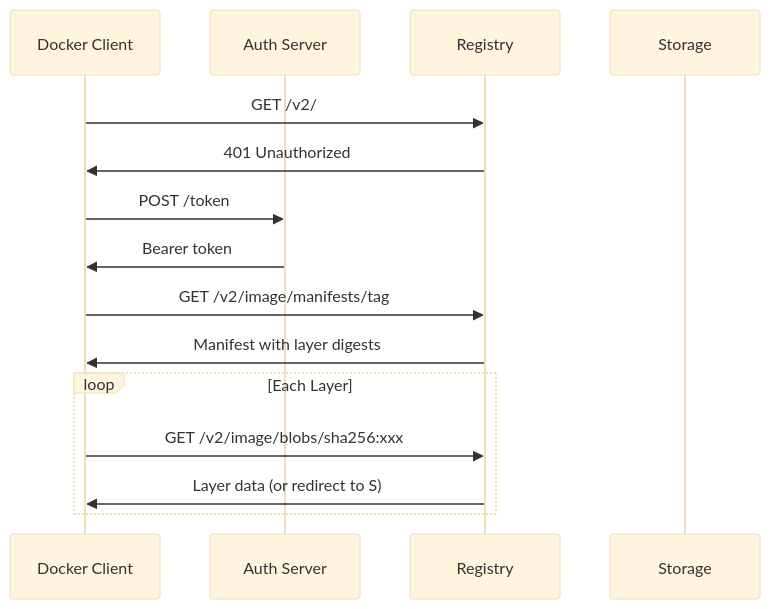
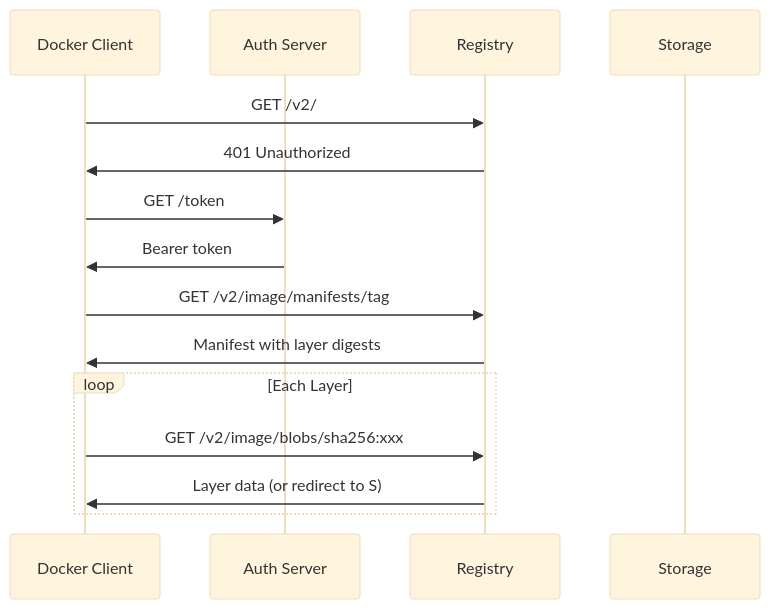
The diagram in posts/2026-01-25-debug-docker-registry-pull-issues/README.md (OneUptime/blog), drawn with Mermaid (base theme) before and after one commit. The commit also changed other lines of this file and 2 other files, not shown here.

````diff
--- a/posts/2026-01-25-debug-docker-registry-pull-issues/README.md
+++ b/posts/2026-01-25-debug-docker-registry-pull-issues/README.md
@@ -17,18 +17,18 @@
 ```mermaid
 sequenceDiagram
     participant D as Docker Client
     participant A as Auth Server
     participant R as Registry
     participant S as Storage
 
     D->>R: GET /v2/
     R->>D: 401 Unauthorized
-    D->>A: POST /token
+    D->>A: GET /token
     A->>D: Bearer token
     D->>R: GET /v2/image/manifests/tag
     R->>D: Manifest with layer digests
     loop Each Layer
         D->>R: GET /v2/image/blobs/sha256:xxx
         R->>D: Layer data (or redirect to S)
     end
 ```
````
